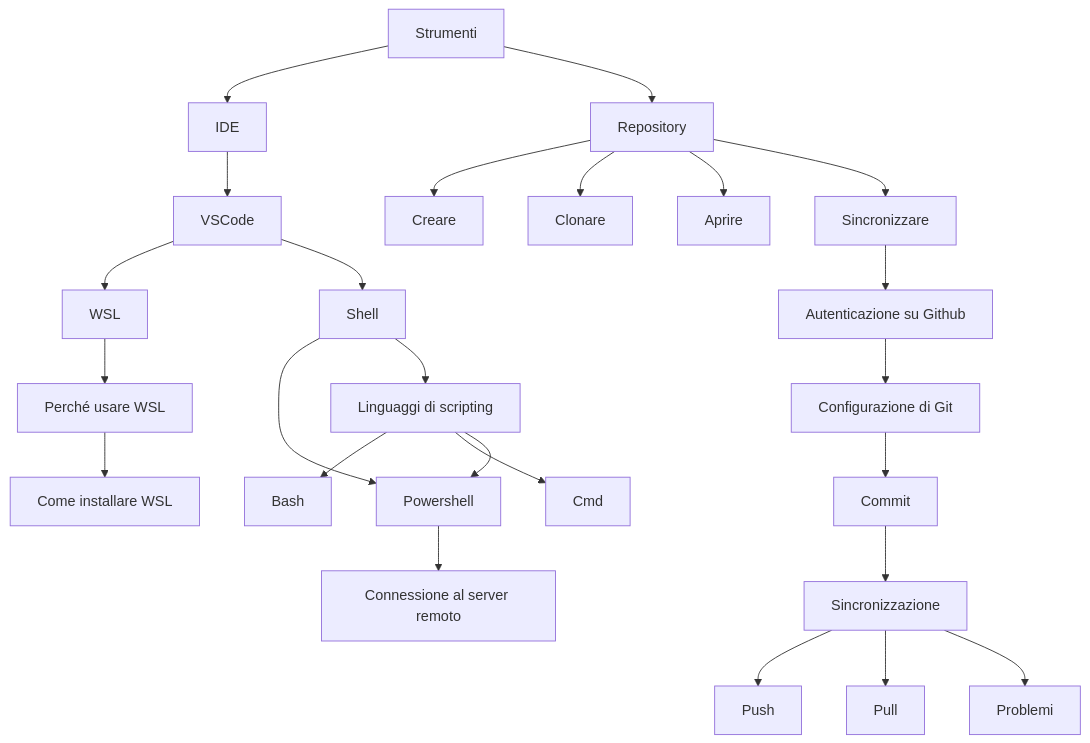
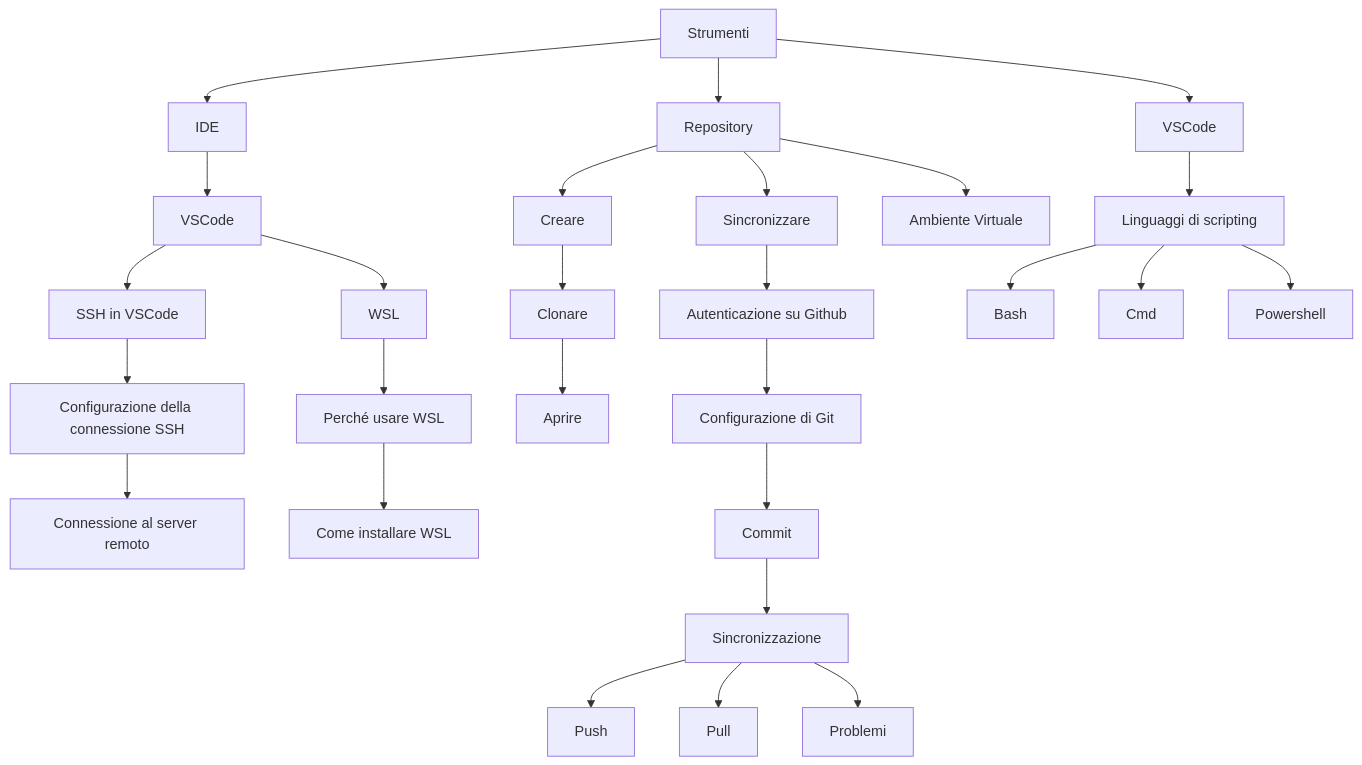
The diagram in tools/percorso_tools.md (angelogalantiscuola/IT), drawn with Mermaid before and after one commit. The commit also changed 16 other files, not shown here.

Commit message:
ambiente virtuale

````diff
--- a/tools/percorso_tools.md
+++ b/tools/percorso_tools.md
@@ -3,41 +3,43 @@
 ```mermaid
 graph TD
     Z[Strumenti]
     Z[Strumenti] --> A[IDE]
     Z[Strumenti] --> F[Repository]
 
     A[IDE] 
     A --> B[VSCode]
 
     B[VSCode] 
     B --> Y[WSL] 
-    B --> R[SSH in VSCode] 
-    R --> V[Configurazione della connessione SSH]
-    V --> W[Connessione al server remoto]
+    B --> X[SSH in VSCode] 
+    X --> AC[Configurazione della connessione SSH]
+    AC --> W[Connessione al server remoto]
 
     Y[WSL] 
     Y --> AA[Perché usare WSL]
     AA --> AB[Come installare WSL]
 
     F[Repository] 
     F --> G[Creare]
-    F --> H[Clonare]
-    F --> I[Aprire]
+    G --> H[Clonare]
+    H --> I[Aprire]
     F --> J[Sincronizzare]
+    F --> AD[Ambiente Virtuale]
 
     J[Sincronizzare] 
     J --> K[Autenticazione su Github]
     K --> L[Configurazione di Git]
     L --> M[Commit]
     M --> N[Sincronizzazione]
     N --> O[Push]
     N --> P[Pull]
     N --> Q[Problemi]
 
     R[Shell] 
+    Z --> R[VSCode]
     R --> S[Linguaggi di scripting]
     S --> T[Bash]
     S --> U[Cmd]
     S --> V[Powershell]
 
 ```
````
